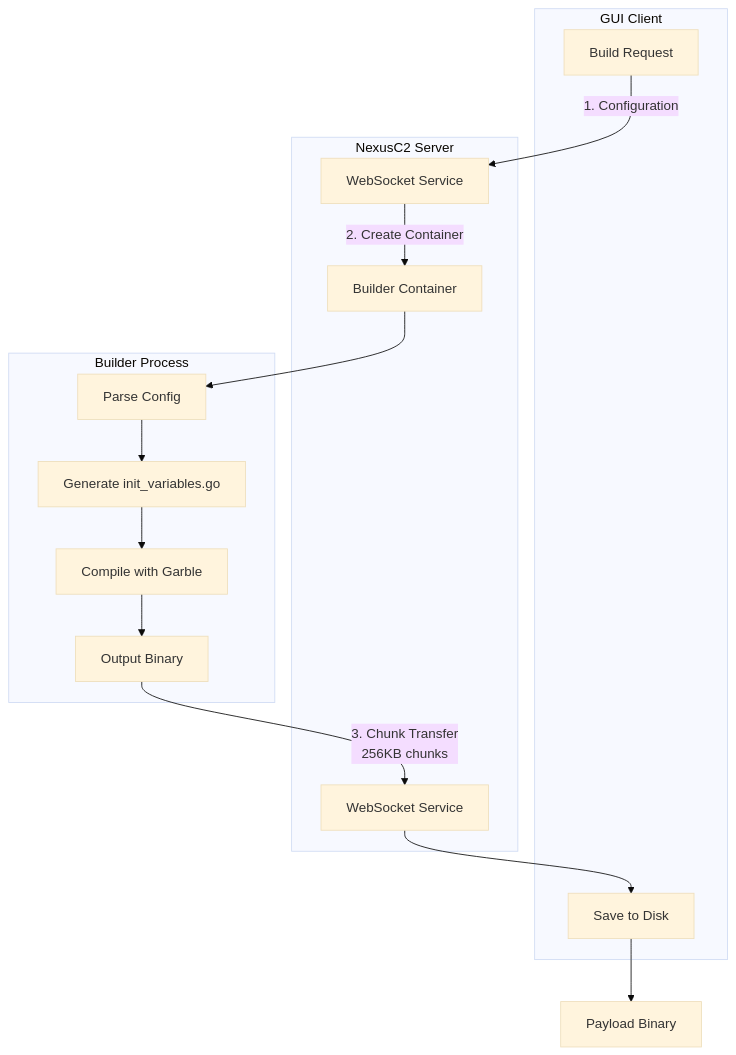
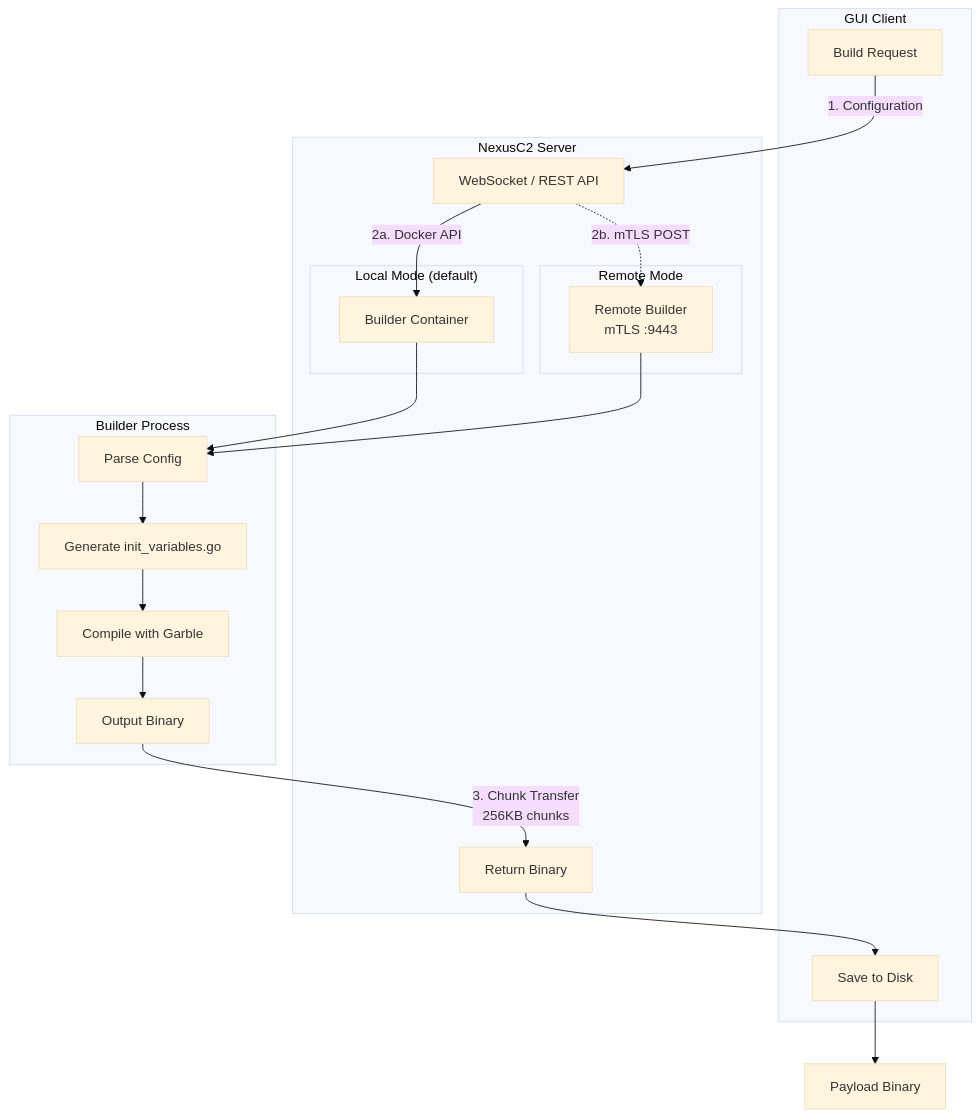
Before and after one commit to seahop/NexusC2: the diagram in docs/PAYLOAD-GENERATION.md, drawn with Mermaid (base theme). The commit also changed other lines of this file and 28 other files, not shown here.

First line of the commit message:
add remote builder support with mTLS, CI pipeline, and builder interface refactor

````diff
--- a/docs/PAYLOAD-GENERATION.md
+++ b/docs/PAYLOAD-GENERATION.md
@@ -21,27 +21,35 @@
 ```mermaid
 flowchart TB
     subgraph Client["GUI Client"]
         REQ[Build Request]
         SAVE[Save to Disk]
     end
 
     subgraph Server["NexusC2 Server"]
-        WS1[WebSocket Service]
-        BUILD[Builder Container]
-        WS2[WebSocket Service]
+        WS1[WebSocket / REST API]
+        subgraph Local["Local Mode (default)"]
+            BUILD[Builder Container]
+        end
+        subgraph Remote["Remote Mode"]
+            RBUILD[Remote Builder<br/>mTLS :9443]
+        end
+        WS2[Return Binary]
     end
 
     subgraph Builder["Builder Process"]
         PARSE[Parse Config]
         GEN[Generate init_variables.go]
         COMPILE[Compile with Garble]
         OUT[Output Binary]
     end
 
     REQ -->|1. Configuration| WS1
-    WS1 -->|2. Create Container| BUILD
-    BUILD --> PARSE --> GEN --> COMPILE --> OUT
+    WS1 -->|2a. Docker API| BUILD
+    WS1 -.->|2b. mTLS POST| RBUILD
+    BUILD --> PARSE
+    RBUILD --> PARSE
+    PARSE --> GEN --> COMPILE --> OUT
     OUT -->|3. Chunk Transfer<br/>256KB chunks| WS2
     WS2 --> SAVE
     SAVE --> BINARY[Payload Binary]
 ```
````
